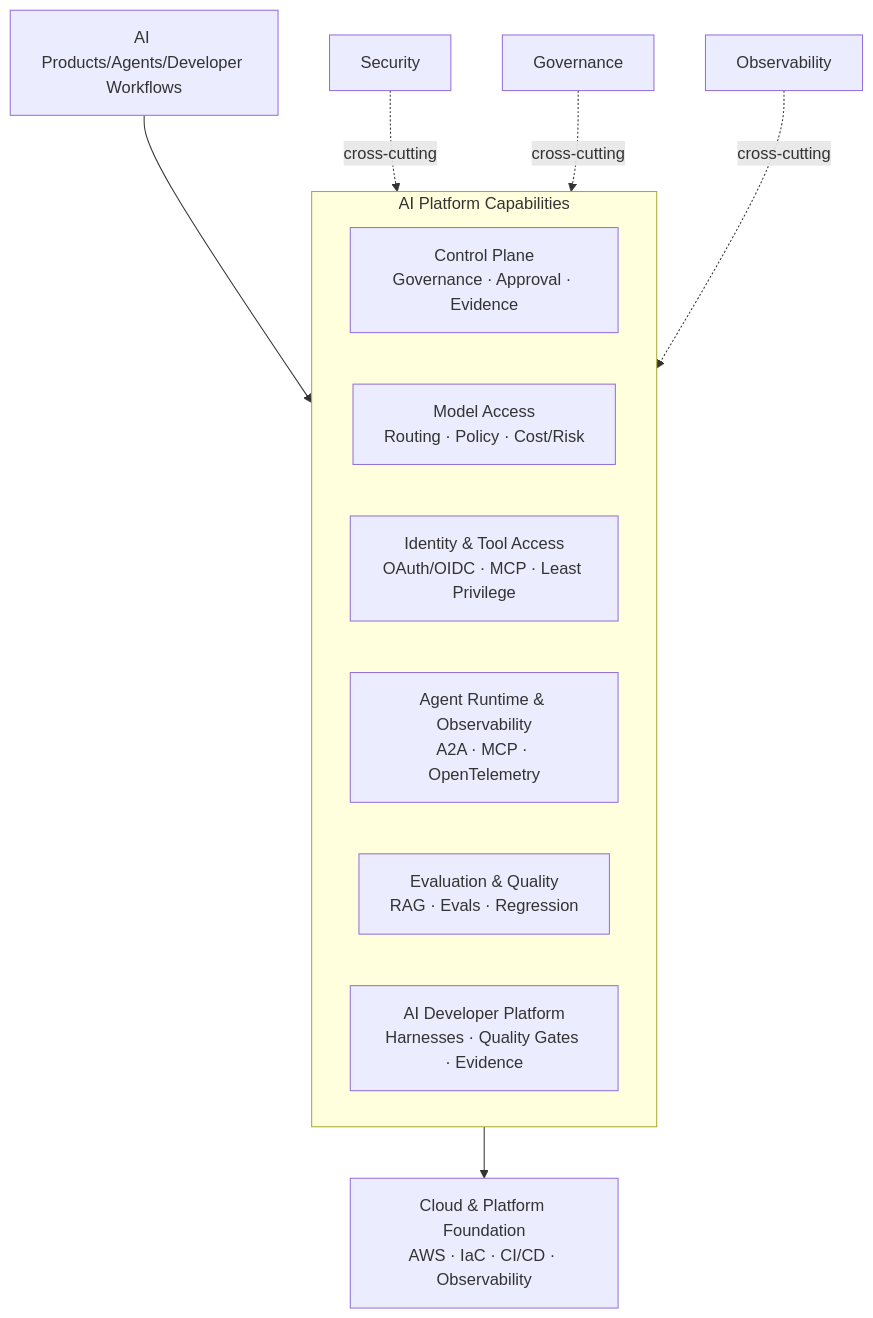
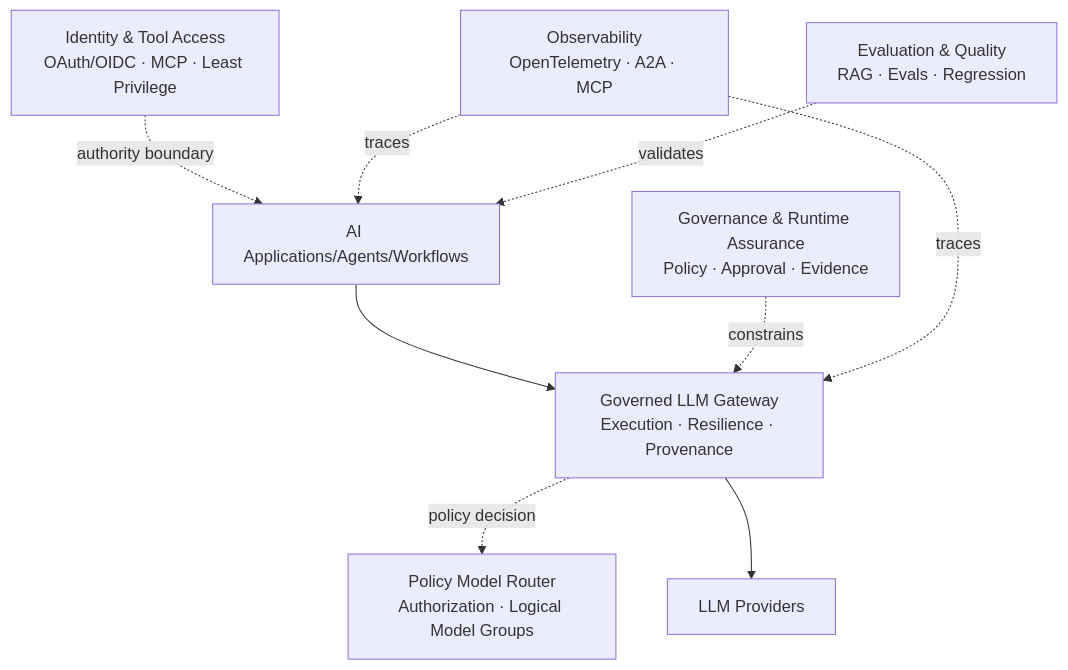
One commit to brunovicco/brunovicco changed the diagram in README.md. Above: the diagram before and after it, drawn with Mermaid. The commit also changed other lines of this file and 3 other files, not shown here.

````diff
--- a/README.md
+++ b/README.md
@@ -82,22 +55,23 @@
 ```mermaid
 flowchart TB
-    Apps["AI Products/Agents/Developer Workflows"]
+    Apps["AI Applications/Agents/Workflows"]
 
-    subgraph Platform["AI Platform Capabilities"]
-        CP["Control Plane\nGovernance · Approval · Evidence"]
-        MR["Model Access\nRouting · Policy · Cost/Risk"]
-        ID["Identity & Tool Access\nOAuth/OIDC · MCP · Least Privilege"]
-        RT["Agent Runtime & Observability\nA2A · MCP · OpenTelemetry"]
-        EV["Evaluation & Quality\nRAG · Evals · Regression"]
-        DX["AI Developer Platform\nHarnesses · Quality Gates · Evidence"]
-    end
+    Gateway["Governed LLM Gateway<br/>Execution · Resilience · Provenance"]
+    Router["Policy Model Router<br/>Authorization · Logical Model Groups"]
+    Providers["LLM Providers"]
 
-    Cloud["Cloud & Platform Foundation\nAWS · IaC · CI/CD · Observability"]
+    Governance["Governance & Runtime Assurance<br/>Policy · Approval · Evidence"]
+    Identity["Identity & Tool Access<br/>OAuth/OIDC · MCP · Least Privilege"]
+    Observability["Observability<br/>OpenTelemetry · A2A · MCP"]
+    Evaluation["Evaluation & Quality<br/>RAG · Evals · Regression"]
 
-    Apps --> Platform
-    Platform --> Cloud
+    Apps --> Gateway
+    Gateway -. policy decision .-> Router
+    Gateway --> Providers
 
-    S["Security"] -. cross-cutting .-> Platform
-    G["Governance"] -. cross-cutting .-> Platform
-    O["Observability"] -. cross-cutting .-> Platform
+    Governance -. constrains .-> Gateway
+    Identity -. authority boundary .-> Apps
+    Observability -. traces .-> Apps
+    Observability -. traces .-> Gateway
+    Evaluation -. validates .-> Apps
 ```
````
